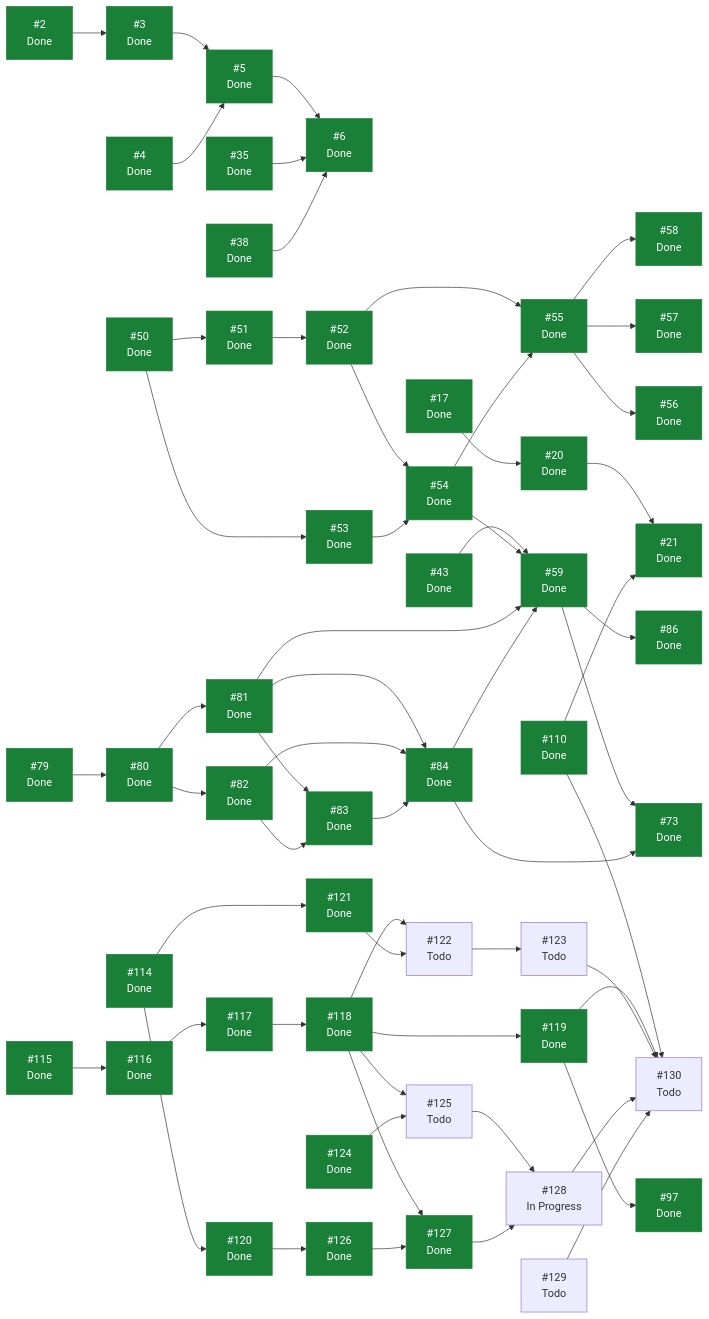
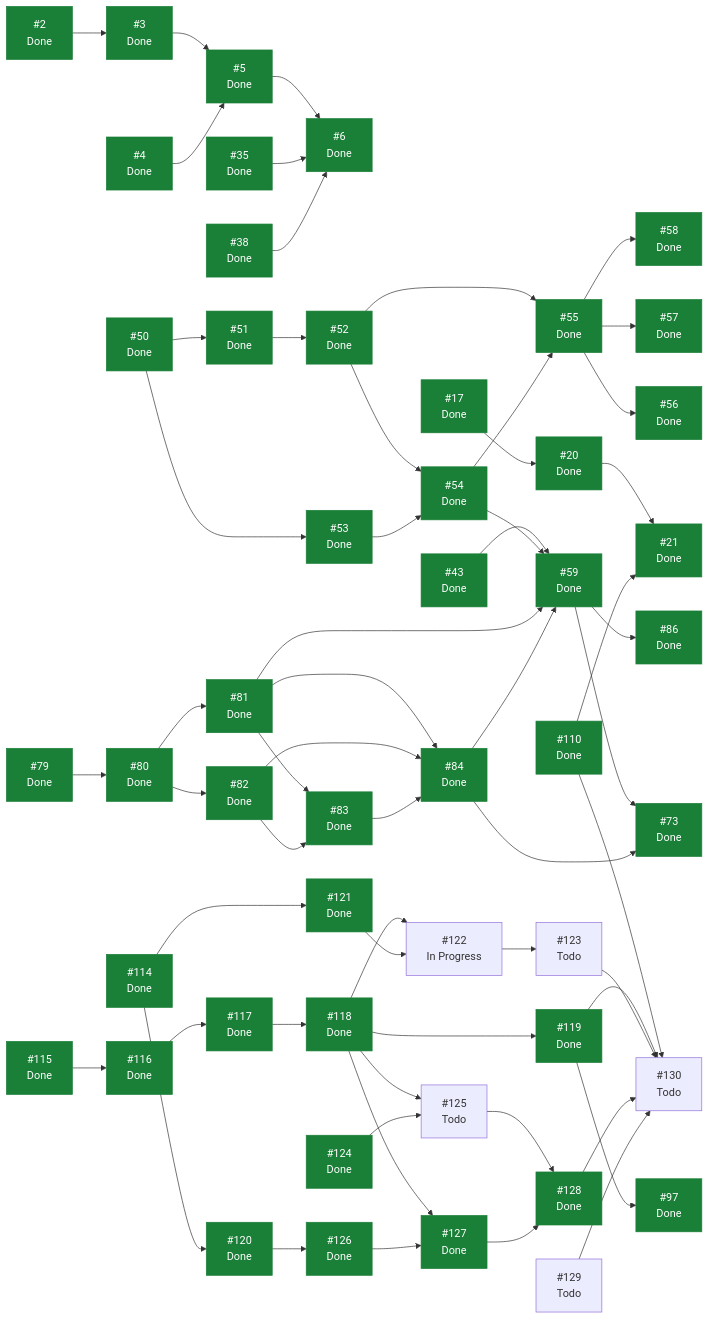
Before and after one commit to ecamp0s/evault: the diagram in docs/planning/STATUS.md, drawn with Mermaid. The commit also changed other lines of this file, not shown here.

````diff
--- a/docs/planning/STATUS.md
+++ b/docs/planning/STATUS.md
@@ -173,13 +173,13 @@
   I119["#119<br/>Done"]
   I120["#120<br/>Done"]
   I121["#121<br/>Done"]
-  I122["#122<br/>Todo"]
+  I122["#122<br/>In Progress"]
   I123["#123<br/>Todo"]
   I124["#124<br/>Done"]
   I125["#125<br/>Todo"]
   I126["#126<br/>Done"]
   I127["#127<br/>Done"]
-  I128["#128<br/>In Progress"]
+  I128["#128<br/>Done"]
   I129["#129<br/>Todo"]
   I130["#130<br/>Todo"]
   I2 --> I3
@@ -239,5 +239,5 @@
   I128 --> I130
   I129 --> I130
   classDef hecho fill:#1a7f37,stroke:#1a7f37,color:#fff;
-  class I2,I3,I4,I5,I6,I17,I20,I21,I35,I38,I43,I50,I51,I52,I53,I54,I55,I56,I57,I58,I59,I73,I79,I80,I81,I82,I83,I84,I86,I97,I110,I114,I115,I116,I117,I118,I119,I120,I121,I124,I126,I127 hecho;
+  class I2,I3,I4,I5,I6,I17,I20,I21,I35,I38,I43,I50,I51,I52,I53,I54,I55,I56,I57,I58,I59,I73,I79,I80,I81,I82,I83,I84,I86,I97,I110,I114,I115,I116,I117,I118,I119,I120,I121,I124,I126,I127,I128 hecho;
 ```
````
